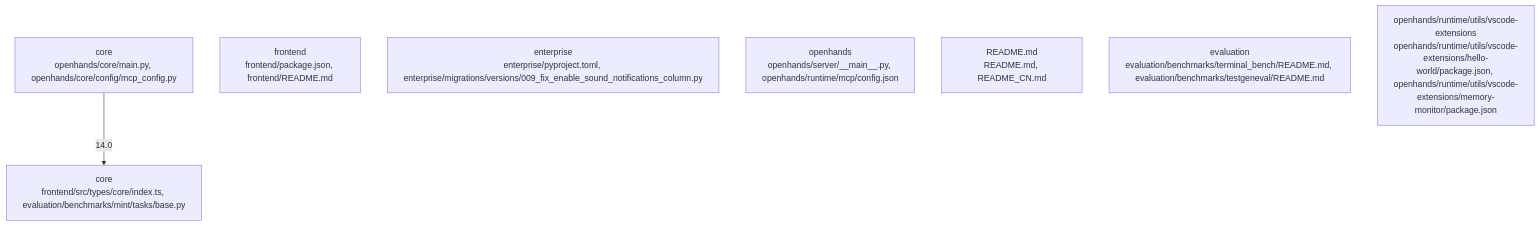
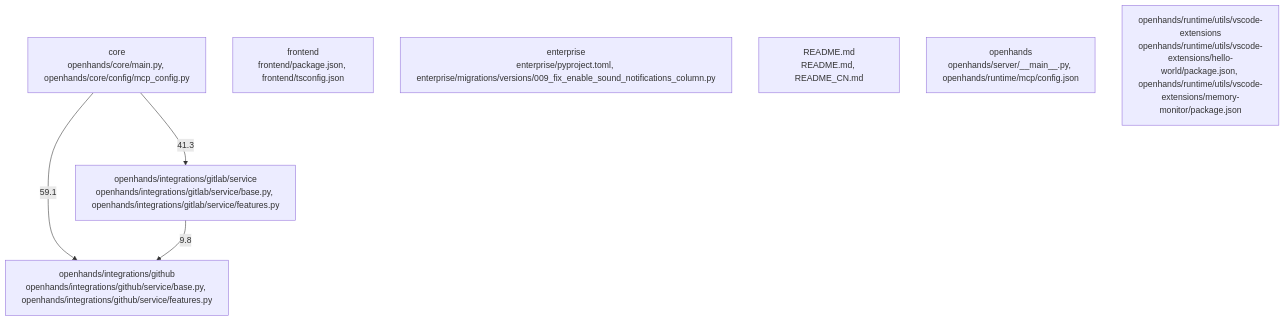
Before and after one commit to ta01012004/Codewiki-and-benchmark-4-models-local: the diagram in outputs/docs/CodeLlama/OpenHands.md, drawn with Mermaid. The commit also changed other lines of this file and 11 other files, not shown here.

````diff
--- a/outputs/docs/CodeLlama/OpenHands.md
+++ b/outputs/docs/CodeLlama/OpenHands.md
@@ -123,14 +22,16 @@
 ```mermaid
 
 flowchart TD
   community_01[core\nopenhands/core/main.py, openhands/core/config/mcp_config.py]
-  community_02[frontend\nfrontend/package.json, frontend/README.md]
+  community_02[frontend\nfrontend/package.json, frontend/tsconfig.json]
   community_03[enterprise\nenterprise/pyproject.toml, enterprise/migrations/versions/009_fix_enable_sound_notifications_column.py]
-  community_04[openhands\nopenhands/server/__main__.py, openhands/runtime/mcp/config.json]
-  community_05[README.md\nREADME.md, README_CN.md]
-  community_06[core\nfrontend/src/types/core/index.ts, evaluation/benchmarks/mint/tasks/base.py]
-  community_07[evaluation\nevaluation/benchmarks/terminal_bench/README.md, evaluation/benchmarks/testgeneval/README.md]
-  community_08[openhands/runtime/utils/vscode-extensions\nopenhands/runtime/utils/vscode-extensions/hello-world/package.json, openhands/runtime/utils/vscode-extensions/memory-monitor/package.json]
-  community_01 -->|14.0| community_06
+  community_04[README.md\nREADME.md, README_CN.md]
+  community_05[openhands\nopenhands/server/__main__.py, openhands/runtime/mcp/config.json]
+  community_06[openhands/runtime/utils/vscode-extensions\nopenhands/runtime/utils/vscode-extensions/hello-world/package.json, openhands/runtime/utils/vscode-extensions/memory-monitor/package.json]
+  community_07[openhands/integrations/gitlab/service\nopenhands/integrations/gitlab/service/base.py, openhands/integrations/gitlab/service/features.py]
+  community_08[openhands/integrations/github\nopenhands/integrations/github/service/base.py, openhands/integrations/github/service/features.py]
+  community_01 -->|59.1| community_08
+  community_01 -->|41.3| community_07
+  community_07 -->|9.8| community_08
 
 ```
````
